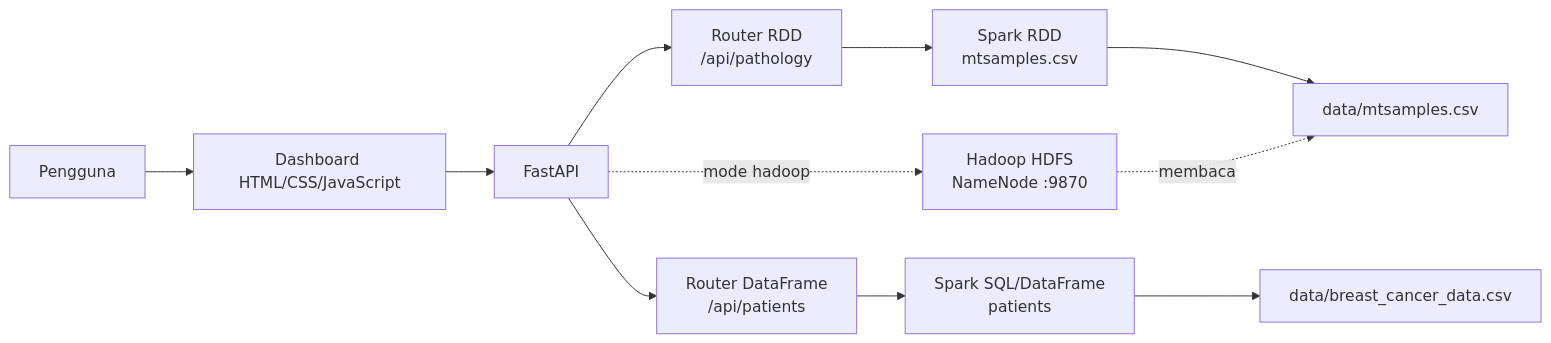
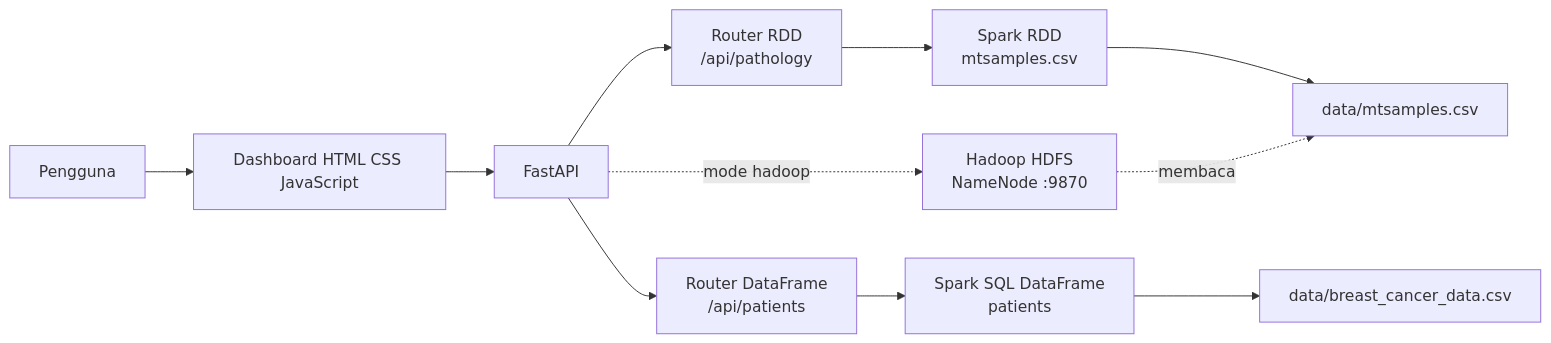
The first of 10 diagrams in README.md (Deikazen/big-data-apache-spark), drawn with Mermaid before and after one commit. The commit also changed other lines of this file, not shown here.

````diff
--- a/README.md
+++ b/README.md
@@ -39,17 +39,17 @@
 ```mermaid
 flowchart LR
-    U[Pengguna] --> UI[Dashboard HTML/CSS/JavaScript]
-    UI --> API[FastAPI]
+    U["Pengguna"] --> UI["Dashboard HTML CSS JavaScript"]
+    UI --> API["FastAPI"]
 
-    API --> R[Router RDD<br/>/api/pathology]
-    API --> DF[Router DataFrame<br/>/api/patients]
+    API --> R["Router RDD<br/>/api/pathology"]
+    API --> DF["Router DataFrame<br/>/api/patients"]
 
-    R --> RDD[Spark RDD<br/>mtsamples.csv]
-    DF --> SQL[Spark SQL/DataFrame<br/>patients]
+    R --> RDD["Spark RDD<br/>mtsamples.csv"]
+    DF --> SQL["Spark SQL DataFrame<br/>patients"]
 
-    RDD --> P[data/mtsamples.csv]
-    SQL --> C[data/breast_cancer_data.csv]
+    RDD --> P["data/mtsamples.csv"]
+    SQL --> C["data/breast_cancer_data.csv"]
 
-    API -. mode hadoop .-> HDFS[Hadoop HDFS<br/>NameNode :9870]
+    API -. mode hadoop .-> HDFS["Hadoop HDFS<br/>NameNode :9870"]
     HDFS -. membaca .-> P
 ```
````
